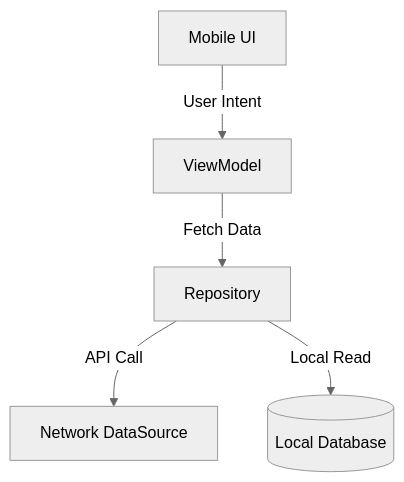
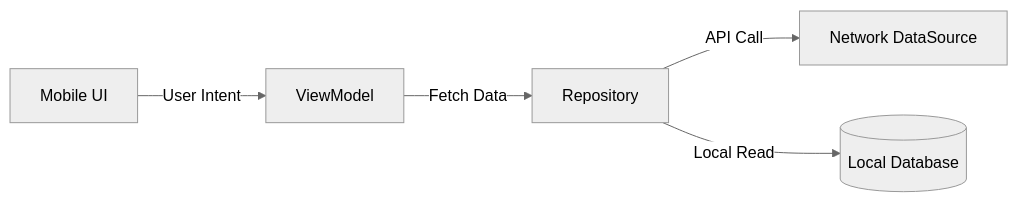
One commit to mkoshurenko/AI-Dev-Framework changed the second of 2 diagrams in .gemini/skills/methodology/visual-documentation.md. Above: the diagram before and after it, drawn with Mermaid (neutral theme). The commit also changed other lines of this file, not shown here.

````diff
--- a/.gemini/skills/methodology/visual-documentation.md
+++ b/.gemini/skills/methodology/visual-documentation.md
@@ -35,7 +36,7 @@
 ```mermaid
-graph TD
+graph LR
     UI[Mobile UI] -->|User Intent| VM[ViewModel]
     VM -->|Fetch Data| Repo[Repository]
     Repo -->|API Call| Net[Network DataSource]
     Repo -->|Local Read| DB[(Local Database)]
 ```
````
